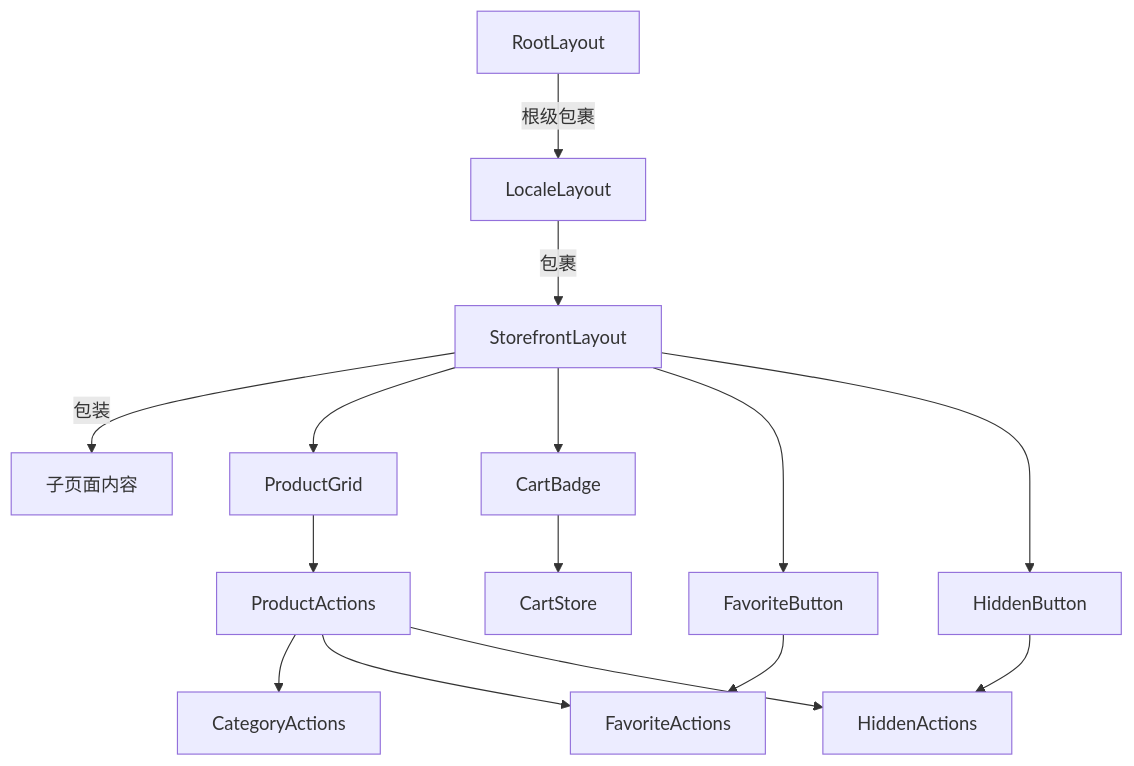
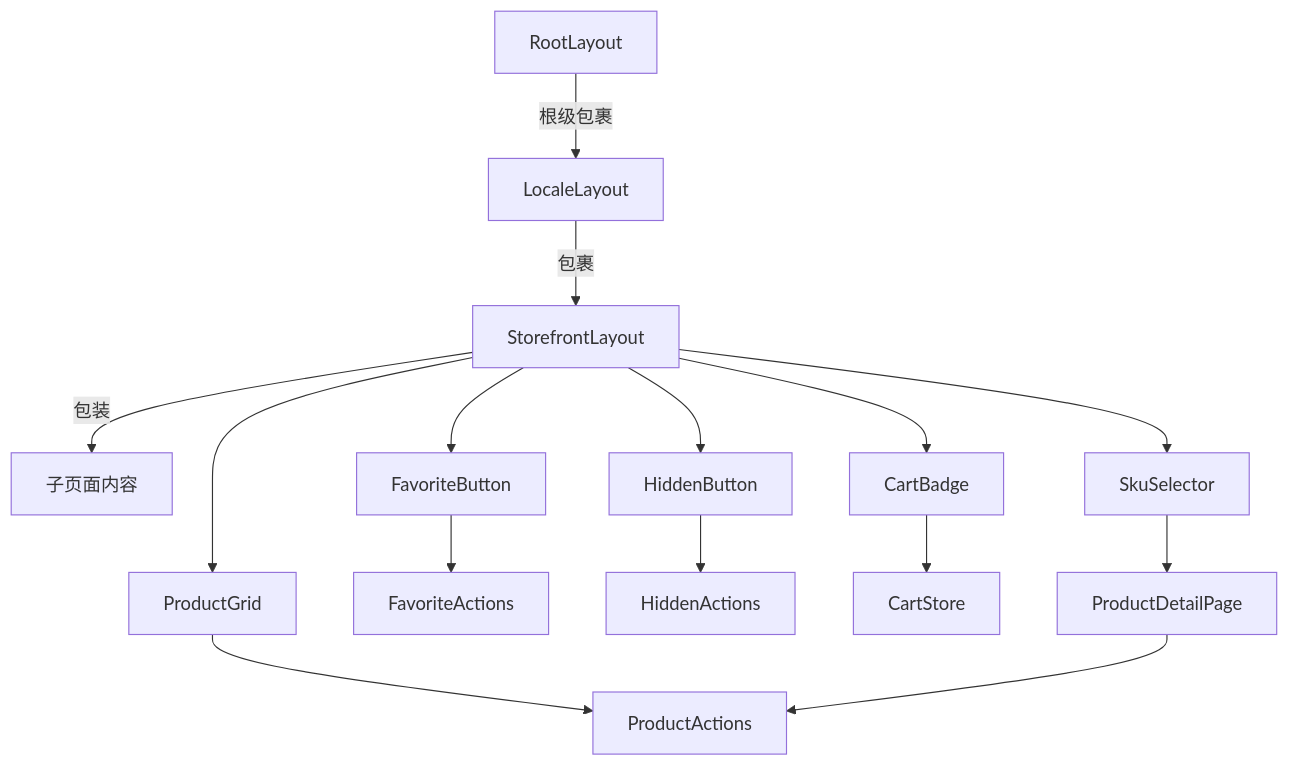
The second of 11 diagrams in .qoder/repowiki/zh/content/前台商店系统/前台商店系统.md (three3638-arch/celestia_2b), drawn with Mermaid before and after one commit. The commit also changed other lines of this file and 14 other files, not shown here.

````diff
--- a/.qoder/repowiki/zh/content/前台商店系统/前台商店系统.md
+++ b/.qoder/repowiki/zh/content/前台商店系统/前台商店系统.md
@@ -177,17 +185,17 @@
 ```mermaid
 graph TB
 StorefrontLayout --> |"包装"| Children["子页面内容"]
 LocaleLayout --> |"包裹"| StorefrontLayout
 RootLayout --> |"根级包裹"| LocaleLayout
 StorefrontLayout --> ProductGrid
 StorefrontLayout --> CartBadge
 StorefrontLayout --> FavoriteButton
 StorefrontLayout --> HiddenButton
+StorefrontLayout --> SkuSelector
 ProductGrid --> ProductActions
 FavoriteButton --> FavoriteActions
 HiddenButton --> HiddenActions
 CartBadge --> CartStore
-ProductActions --> CategoryActions
-ProductActions --> FavoriteActions
-ProductActions --> HiddenActions
+SkuSelector --> ProductDetailPage
+ProductDetailPage --> ProductActions
 ```
````
